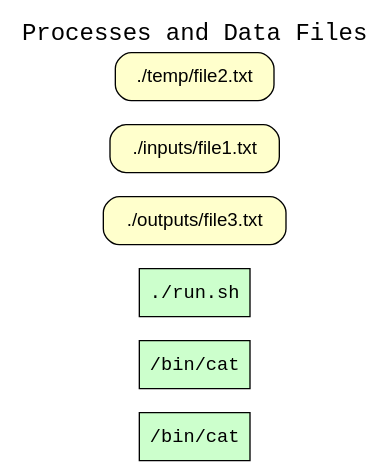
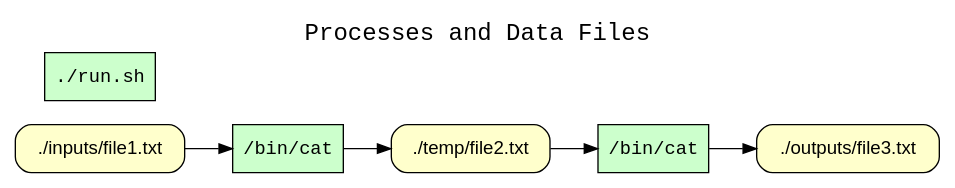
The diagram in examples/07-two-step-pipeline/graphs/wt_processes_and_data_files.dot (CIRSS/cpr), drawn with Graphviz before and after one commit. The commit also changed 10 other files, not shown here.

Commit message:
Added file-process edges to new graph

```diff
--- a/examples/07-two-step-pipeline/graphs/wt_processes_and_data_files.dot
+++ b/examples/07-two-step-pipeline/graphs/wt_processes_and_data_files.dot
@@ -1,14 +1,18 @@
 
 digraph wt_run {
 rankdir=LR
 fontname=Courier; fontsize=18; labelloc=t
 label="Processes and Data Files"
 node[shape=box style="filled" fillcolor="#CCFFCC" peripheries=1 fontname=Courier]
 "exe:e3" [label="/bin/cat"]
 "exe:e2" [label="/bin/cat"]
 "exe:e1" [label="./run.sh"]
 node[shape=box style="rounded,filled" fillcolor="#FFFFCC" peripheries=1 fontname=Helvetica]
 "access:i20" [label="./outputs/file3.txt"]
 "access:i19" [label="./inputs/file1.txt"]
 "access:i11" [label="./temp/file2.txt"]
+"exe:e3" -> "access:i20"
+"exe:e2" -> "access:i11"
+"access:i11" -> "exe:e3"
+"access:i19" -> "exe:e2"
 }
```
